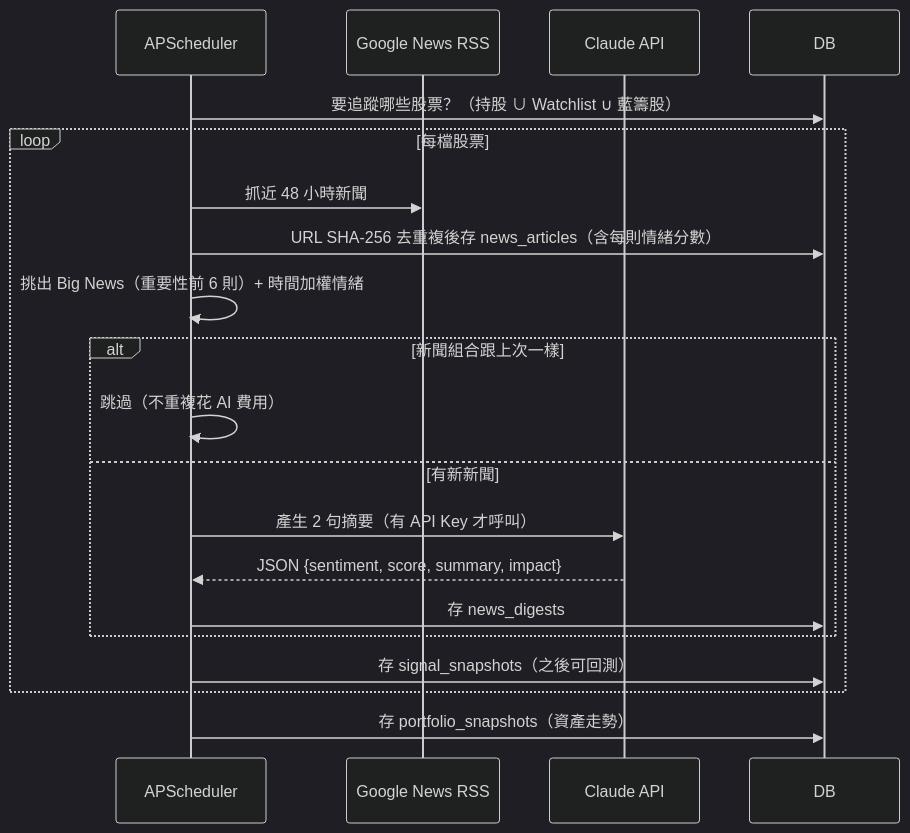
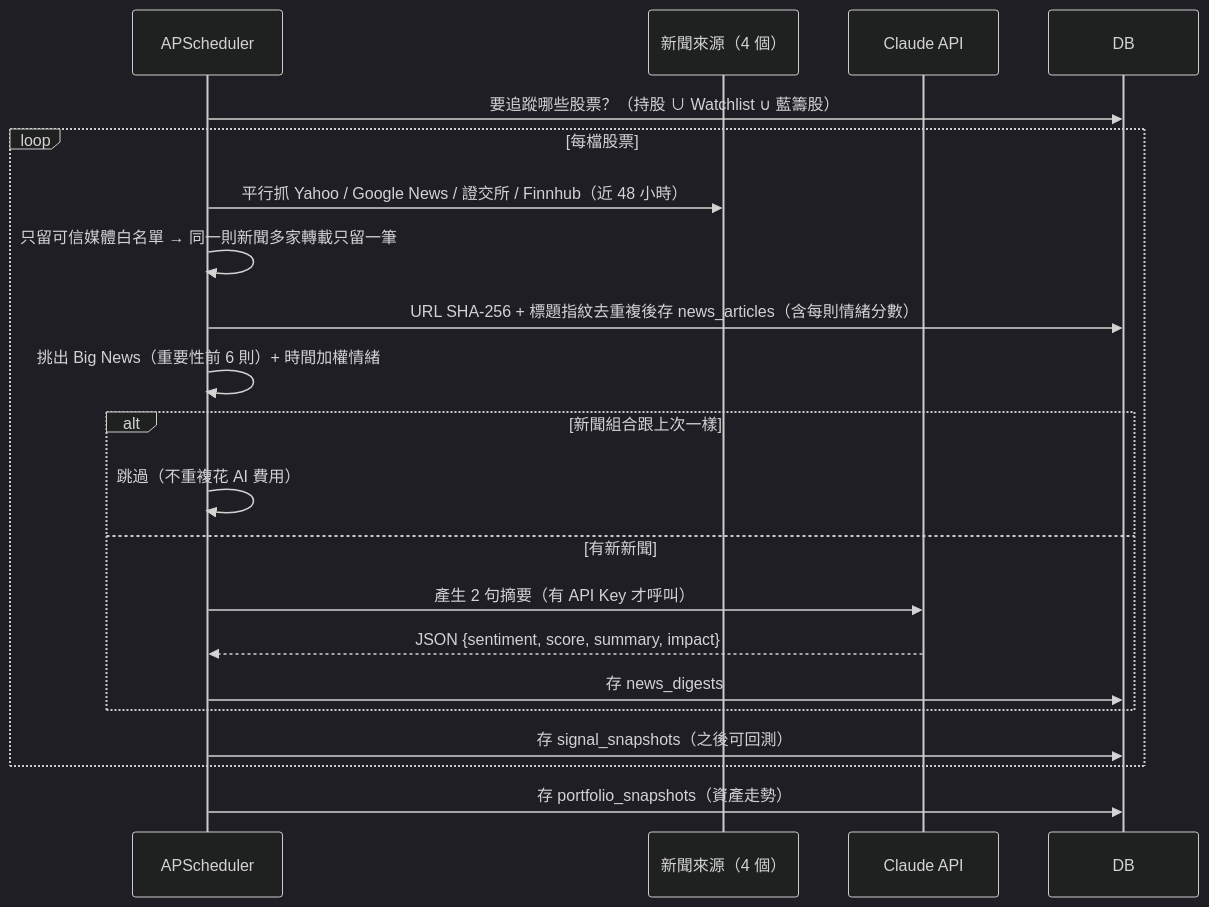
The third of 4 diagrams in docs/ARCHITECTURE.md (Max0402/Stock), drawn with Mermaid (dark theme) before and after one commit. The commit also changed other lines of this file and 17 other files, not shown here.

First line of the commit message:
Add multi-source trusted financial news (Yahoo, Google News, TWSE, Finnhub)

````diff
--- a/docs/ARCHITECTURE.md
+++ b/docs/ARCHITECTURE.md
@@ -82,23 +82,24 @@
 ```mermaid
 sequenceDiagram
     participant S as APScheduler
-    participant G as Google News RSS
+    participant G as 新聞來源（4 個）
     participant A as Claude API
     participant D as DB
 
     S->>D: 要追蹤哪些股票？（持股 ∪ Watchlist ∪ 藍籌股）
     loop 每檔股票
-        S->>G: 抓近 48 小時新聞
-        S->>D: URL SHA-256 去重複後存 news_articles（含每則情緒分數）
+        S->>G: 平行抓 Yahoo / Google News / 證交所 / Finnhub（近 48 小時）
+        S->>S: 只留可信媒體白名單 → 同一則新聞多家轉載只留一筆
+        S->>D: URL SHA-256 + 標題指紋去重複後存 news_articles（含每則情緒分數）
         S->>S: 挑出 Big News（重要性前 6 則）+ 時間加權情緒
         alt 新聞組合跟上次一樣
             S->>S: 跳過（不重複花 AI 費用）
         else 有新新聞
             S->>A: 產生 2 句摘要（有 API Key 才呼叫）
             A-->>S: JSON {sentiment, score, summary, impact}
             S->>D: 存 news_digests
         end
         S->>D: 存 signal_snapshots（之後可回測）
     end
     S->>D: 存 portfolio_snapshots（資產走勢）
 ```
````
